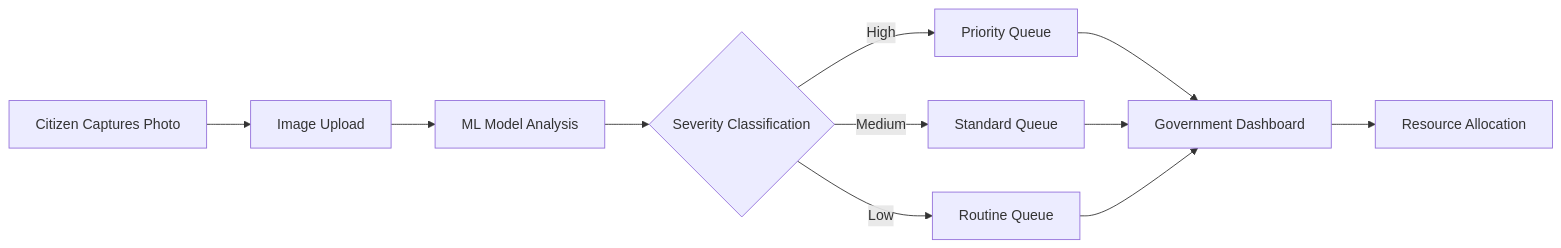
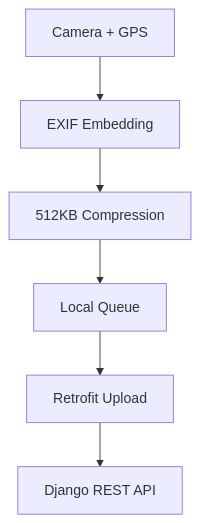
One commit to mandharet/portfolio-next-pvt changed the diagram in src/content/projects/ProjectCleanAndroid.mdx. Above: the diagram before and after it, drawn with Mermaid. The commit also changed other lines of this file and 1 other file, not shown here.

````diff
--- a/src/content/projects/ProjectCleanAndroid.mdx
+++ b/src/content/projects/ProjectCleanAndroid.mdx
@@ -46,13 +100,8 @@
 ```mermaid
-graph LR
-    A[Citizen Captures Photo] --> B[Image Upload]
-    B --> C[ML Model Analysis]
-    C --> D{Severity Classification}
-    D -->|High| E[Priority Queue]
-    D -->|Medium| F[Standard Queue]
-    D -->|Low| G[Routine Queue]
-    E --> H[Government Dashboard]
-    F --> H
-    G --> H
-    H --> I[Resource Allocation]
+graph TB
+    A[Camera + GPS] --> B[EXIF Embedding]
+    B --> C[512KB Compression]
+    C --> D[Local Queue]
+    D --> E[Retrofit Upload]
+    E --> F[Django REST API]
 ```
````
